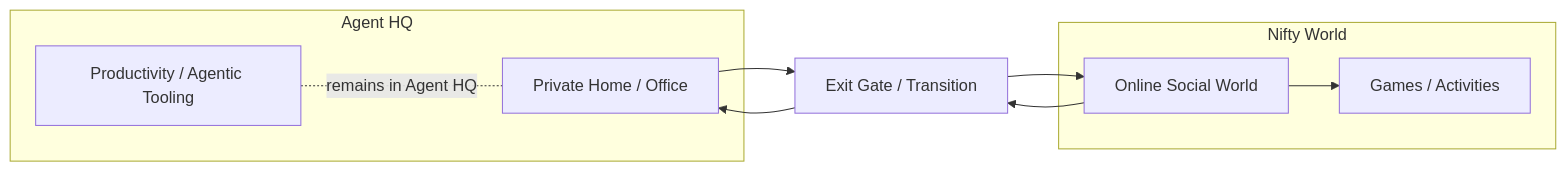
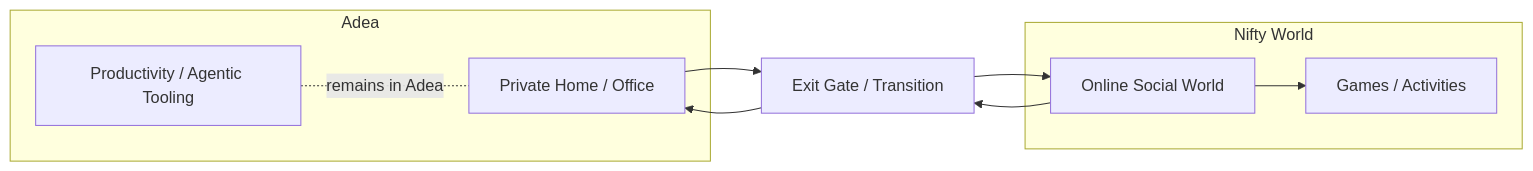
One commit to adea-ai/adea changed the eighth of 18 diagrams in docs/architecture/diagram-sources.md. Above: the diagram before and after it, drawn with Mermaid. The commit also changed other lines of this file and 72 other files, not shown here.

Commit message:
chore(brand): rename user-visible Agent HQ strings to Adea (#257)

````diff
--- a/docs/architecture/diagram-sources.md
+++ b/docs/architecture/diagram-sources.md
@@ -303,16 +303,16 @@
 ```mermaid
 flowchart LR
-    subgraph HQ["Agent HQ"]
+    subgraph HQ["Adea"]
         W[Private Home / Office]
         P[Productivity / Agentic Tooling]
     end
     T[Exit Gate / Transition]
     subgraph NW["Nifty World"]
         S[Online Social World]
         G[Games / Activities]
     end
     W --> T --> S
     S --> T --> W
-    P -. remains in Agent HQ .- W
+    P -. remains in Adea .- W
     S --> G
 ```
````
